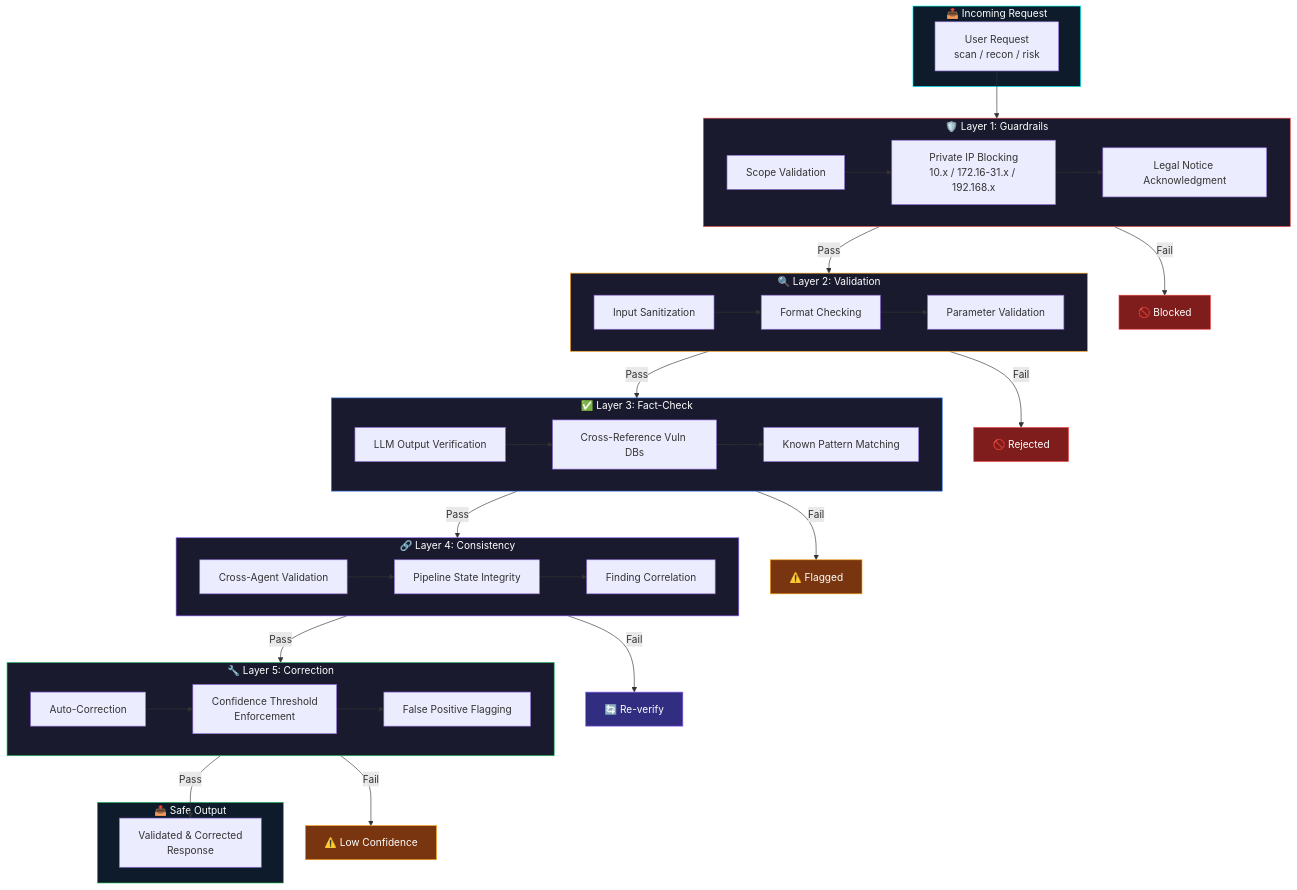
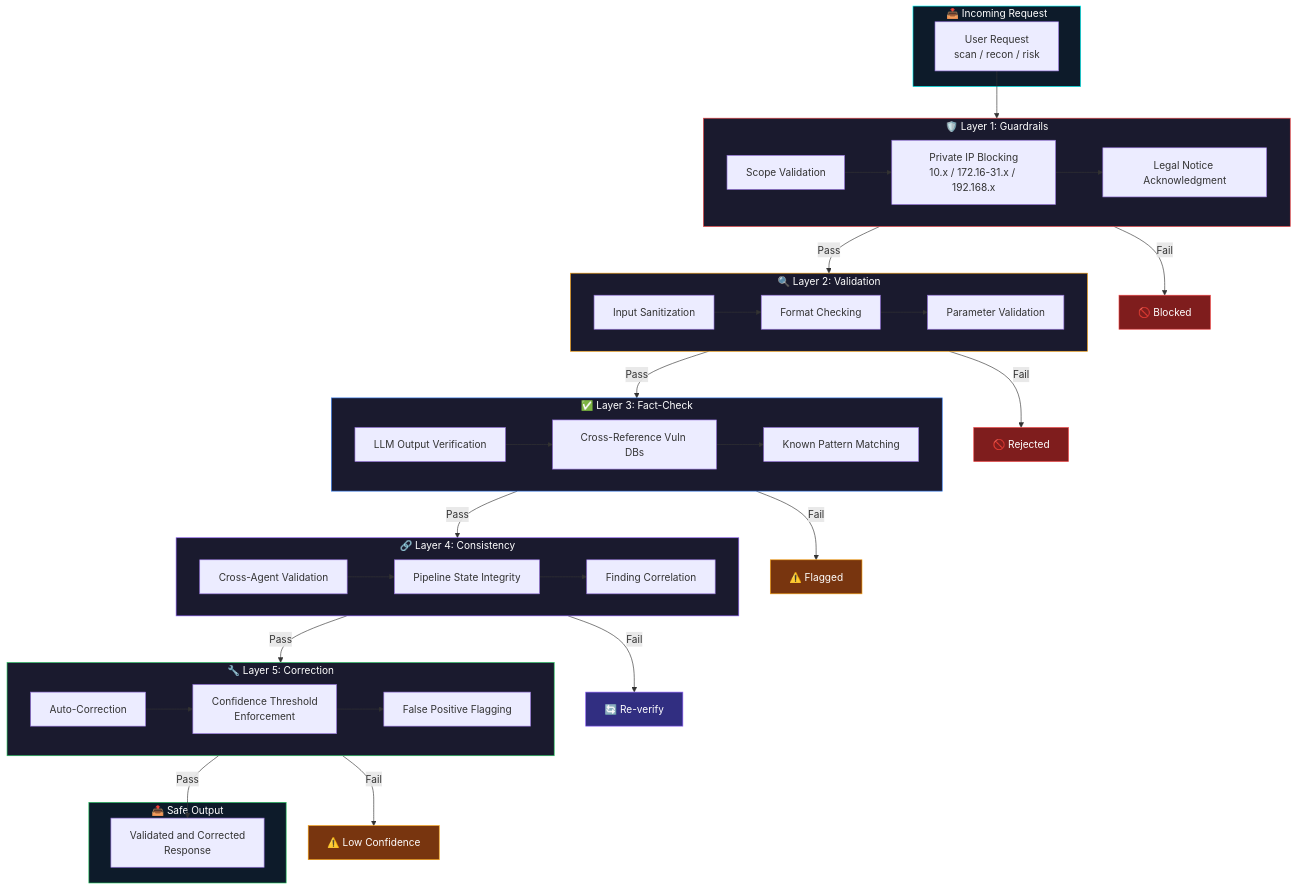
One commit to mulkymalikuldhrs/cyber-shell-x-nexus changed the first of 5 diagrams in README.md. Above: the diagram before and after it, drawn with Mermaid. The commit also changed other lines of this file and 1 other file, not shown here.

Commit message:
🎨 Upgrade: banner image + fixed Mermaid + animations + flow diagrams

````diff
--- a/README.md
+++ b/README.md
@@ -671,70 +197,70 @@
 ```mermaid
 flowchart TD
     subgraph INCOMING["📥 Incoming Request"]
         REQ["User Request<br/>scan / recon / risk"]
     end
 
     subgraph L1["🛡️ Layer 1: Guardrails"]
         G1["Scope Validation"]
         G2["Private IP Blocking<br/>10.x / 172.16-31.x / 192.168.x"]
         G3["Legal Notice Acknowledgment"]
         G1 --> G2 --> G3
     end
 
     subgraph L2["🔍 Layer 2: Validation"]
         V1["Input Sanitization"]
         V2["Format Checking"]
         V3["Parameter Validation"]
         V1 --> V2 --> V3
     end
 
     subgraph L3["✅ Layer 3: Fact-Check"]
         F1["LLM Output Verification"]
         F2["Cross-Reference Vuln DBs"]
         F3["Known Pattern Matching"]
         F1 --> F2 --> F3
     end
 
     subgraph L4["🔗 Layer 4: Consistency"]
         C1["Cross-Agent Validation"]
         C2["Pipeline State Integrity"]
         C3["Finding Correlation"]
         C1 --> C2 --> C3
     end
 
     subgraph L5["🔧 Layer 5: Correction"]
         R1["Auto-Correction"]
         R2["Confidence Threshold<br/>Enforcement"]
         R3["False Positive Flagging"]
         R1 --> R2 --> R3
     end
 
     subgraph OUTGOING["📤 Safe Output"]
-        RES["Validated & Corrected<br/>Response"]
+        RES["Validated and Corrected<br/>Response"]
     end
 
     REQ --> L1
-    L3 -->|Pass| L4
     L1 -->|Pass| L2
     L2 -->|Pass| L3
+    L3 -->|Pass| L4
     L4 -->|Pass| L5
     L5 -->|Pass| RES
     L1 -->|Fail| BLOCK1["🚫 Blocked"]
     L2 -->|Fail| BLOCK2["🚫 Rejected"]
     L3 -->|Fail| BLOCK3["⚠️ Flagged"]
     L4 -->|Fail| BLOCK4["🔄 Re-verify"]
     L5 -->|Fail| BLOCK5["⚠️ Low Confidence"]
 
     style INCOMING fill:#0d1b2a,stroke:#00ffff,color:#fff
     style OUTGOING fill:#0d1b2a,stroke:#22c55e,color:#fff
     style L1 fill:#1a1a2e,stroke:#ef4444,color:#fff
     style L2 fill:#1a1a2e,stroke:#f59e0b,color:#fff
     style L3 fill:#1a1a2e,stroke:#3b82f6,color:#fff
     style L4 fill:#1a1a2e,stroke:#8b5cf6,color:#fff
     style L5 fill:#1a1a2e,stroke:#22c55e,color:#fff
     style BLOCK1 fill:#7f1d1d,stroke:#ef4444,color:#fff
     style BLOCK2 fill:#7f1d1d,stroke:#ef4444,color:#fff
     style BLOCK3 fill:#78350f,stroke:#f59e0b,color:#fff
     style BLOCK4 fill:#312e81,stroke:#8b5cf6,color:#fff
     style BLOCK5 fill:#78350f,stroke:#f59e0b,color:#fff
 ```
````
